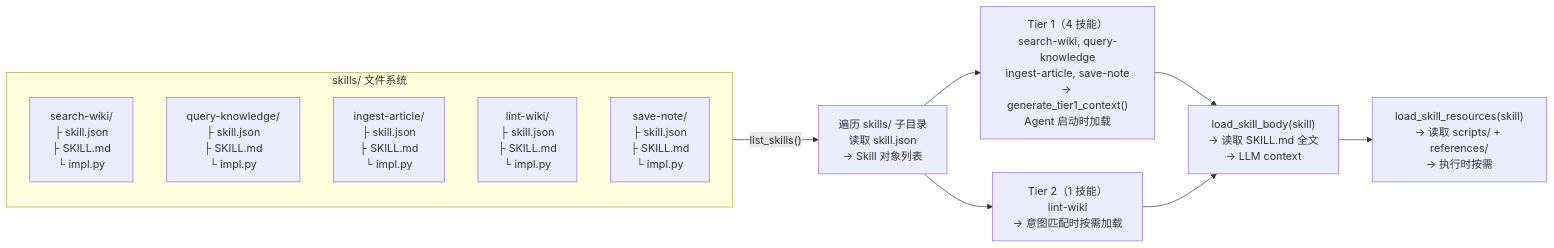
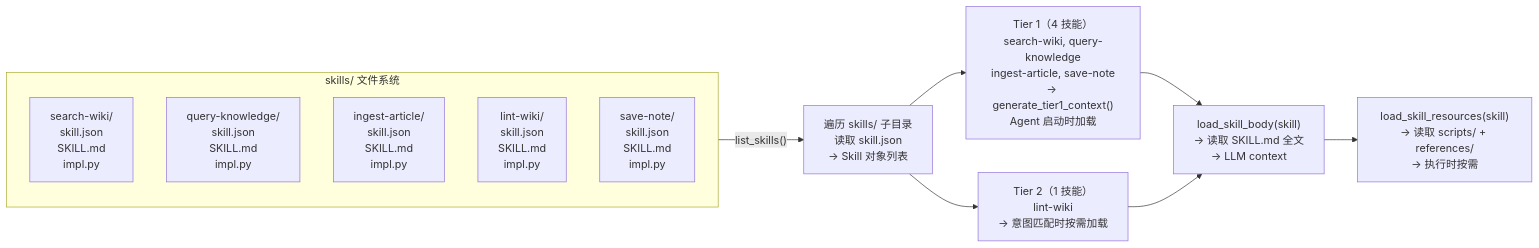
Before and after one commit to JXY001A/knowledge-wiki: the sixth of 8 diagrams in wiki/综合分析/2026-05-23 Phase 2 实现详细流程图.md, drawn with Mermaid. The commit also changed other lines of this file, not shown here.

First line of the commit message:
fix: 修复 4 处 Mermaid 渲染错误 — 清除节点标签中的 ()/→/✅/{}/├└ 模式

````diff
--- a/wiki/综合分析/2026-05-23 Phase 2 实现详细流程图.md
+++ b/wiki/综合分析/2026-05-23 Phase 2 实现详细流程图.md
@@ -257,21 +257,21 @@
 ```mermaid
 flowchart LR
     subgraph Filesystem["skills/ 文件系统"]
-        SA["search-wiki/<br/>├ skill.json<br/>├ SKILL.md<br/>└ impl.py"]
-        QA["query-knowledge/<br/>├ skill.json<br/>├ SKILL.md<br/>└ impl.py"]
-        IA["ingest-article/<br/>├ skill.json<br/>├ SKILL.md<br/>└ impl.py"]
-        LW["lint-wiki/<br/>├ skill.json<br/>├ SKILL.md<br/>└ impl.py"]
-        SN["save-note/<br/>├ skill.json<br/>├ SKILL.md<br/>└ impl.py"]
+        SA["search-wiki/<br/>  skill.json<br/>  SKILL.md<br/>  impl.py"]
+        QA["query-knowledge/<br/>  skill.json<br/>  SKILL.md<br/>  impl.py"]
+        IA["ingest-article/<br/>  skill.json<br/>  SKILL.md<br/>  impl.py"]
+        LW["lint-wiki/<br/>  skill.json<br/>  SKILL.md<br/>  impl.py"]
+        SN["save-note/<br/>  skill.json<br/>  SKILL.md<br/>  impl.py"]
     end
 
     Filesystem -->|"list_skills()"| Scan["遍历 skills/ 子目录<br/>读取 skill.json<br/>→ Skill 对象列表"]
 
     Scan --> Tier1["Tier 1（4 技能）<br/>search-wiki, query-knowledge<br/>ingest-article, save-note<br/>→ generate_tier1_context()<br/>Agent 启动时加载"]
 
     Scan --> Tier2["Tier 2（1 技能）<br/>lint-wiki<br/>→ 意图匹配时按需加载"]
 
     Tier1 --> Load2["load_skill_body(skill)<br/>→ 读取 SKILL.md 全文<br/>→ LLM context"]
     Tier2 --> Load2
 
     Load2 --> Load3["load_skill_resources(skill)<br/>→ 读取 scripts/ + references/<br/>→ 执行时按需"]
 ```
````
